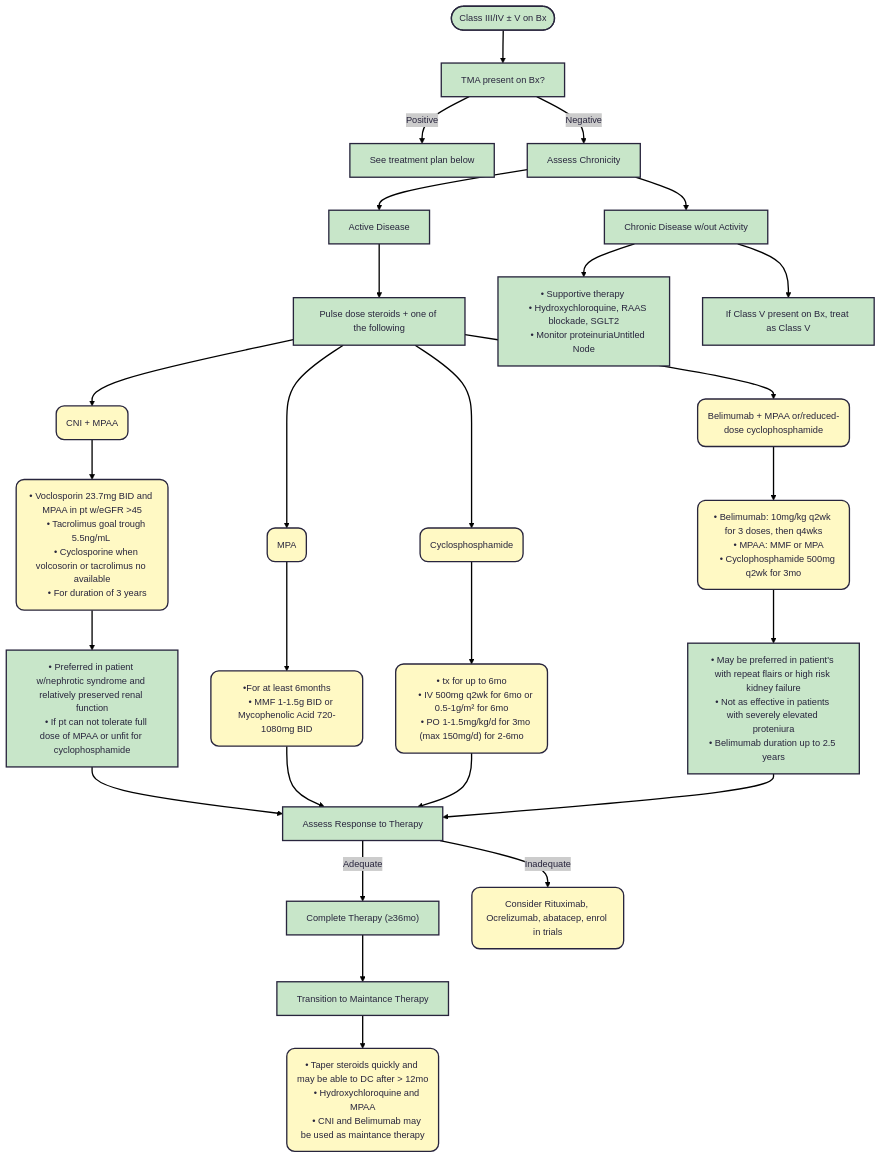
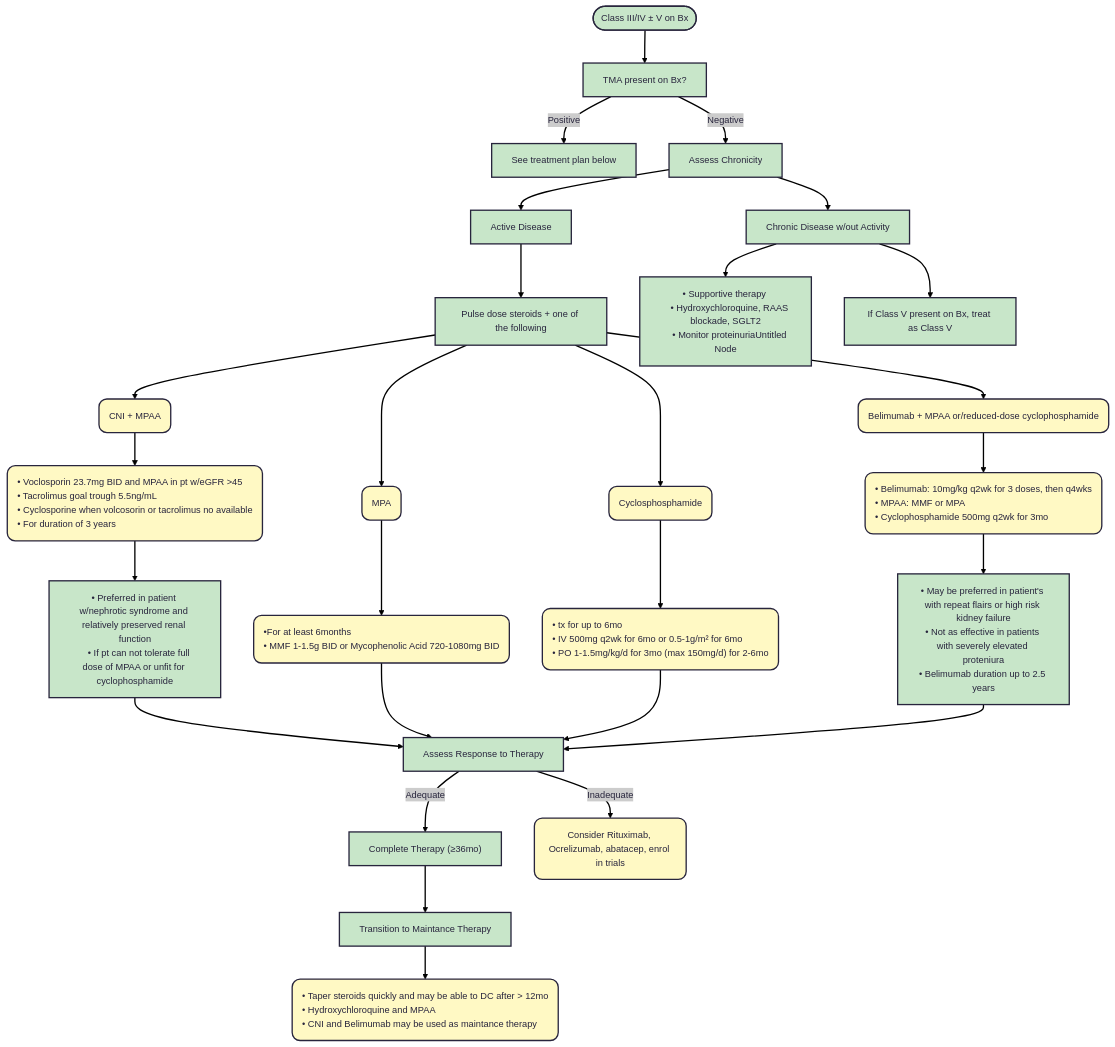
Before and after one commit to TTUNEPH2025/GN: the second of 2 diagrams in docs/Lupus.md, drawn with Mermaid.

````diff
--- a/docs/Lupus.md
+++ b/docs/Lupus.md
@@ -120,75 +120,75 @@
 ```mermaid
 ---
 config:
   theme: redux
 ---
 flowchart TB
     A(["Class III/IV ± V on Bx"]) --> n1["TMA present on Bx?"]
     n1 -- Positive --> n2["See treatment plan below"]
     n1 -- Negative --> n3["Assess Chronicity"]
     n3 --> n4["Active Disease"] & n5["Chronic Disease w/out Activity"]
     n4 --> n6["Pulse dose steroids + one of the following"]
     n5 --> n7["• Supportive therapy 
     • Hydroxychloroquine, RAAS blockade, SGLT2
     • Monitor proteinuriaUntitled Node"] & n8["If Class V present on Bx, treat as Class V"]
     n6 --> n9["CNI + MPAA"] & n10["MPA"] & n11["Cyclosphosphamide"] & n12["Belimumab + MPAA or/reduced-dose cyclophosphamide"]
     n9 --> n13["• Voclosporin 23.7mg BID and MPAA in pt w/eGFR &gt;45
     • Tacrolimus goal trough 5.5ng/mL 
     • Cyclosporine when volcosorin or tacrolimus no available
     • For duration of 3 years"]
     n10 --> n14["•For at least 6months
     • MMF 1-1.5g BID or Mycophenolic Acid 720-1080mg BID"]
     n11 --> n15["• tx for up to 6mo
     • IV 500mg q2wk for 6mo or 0.5-1g/m² for 6mo
     • PO 1-1.5mg/kg/d for 3mo (max 150mg/d) for 2-6mo"]
     n12 --> n16["• Belimumab: 10mg/kg q2wk for 3 doses, then q4wks
     • MPAA: MMF or MPA
     • Cyclophosphamide 500mg q2wk for 3mo"]
     n13 --> n17["• Preferred in patient w/nephrotic syndrome and relatively preserved renal function
     • If pt can not tolerate full dose of MPAA or unfit for cyclophosphamide"]
     n16 --> n18@{ label: "• May be preferred in patient's with repeat flairs or high risk kidney failure\n    • Not as effective in patients with severely elevated proteniura<br/>• Belimumab duration up to 2.5 years" }
     n17 --> n19["Assess Response to Therapy"]
     n14 --> n19
     n15 --> n19
     n18 --> n19
     n19 -- Adequate --> n20["Complete Therapy (≥36mo)"]
     n19 -- Inadequate --> n21["Consider Rituximab, Ocrelizumab, abatacep, enrol in trials"]
     n20 --> n22["Transition to Maintance Therapy"]
     n22 --> n23["• Taper steroids quickly and may be able to DC after > 12mo
     • Hydroxychloroquine and MPAA
     • CNI and Belimumab may be used as maintance therapy"]
     n9@{ shape: rounded}
     n10@{ shape: rounded}
     n11@{ shape: rounded}
     n12@{ shape: rounded}
     n13@{ shape: rounded}
     n14@{ shape: rounded}
     n15@{ shape: rounded}
     n16@{ shape: rounded}
     n21@{ shape: rounded}
     n23@{ shape: rounded}
     style A fill:#C8E6C9
     style n1 fill:#C8E6C9
     style n2 fill:#C8E6C9
     style n3 fill:#C8E6C9
     style n4 fill:#C8E6C9
     style n5 fill:#C8E6C9
     style n6 fill:#C8E6C9
     style n7 fill:#C8E6C9
     style n8 fill:#C8E6C9
-    style n9 fill:#FFF9C4
-    style n10 fill:#FFF9C4
-    style n11 fill:#FFF9C4
-    style n12 fill:#FFF9C4
-    style n13 fill:#FFF9C4
-    style n14 fill:#FFF9C4
-    style n15 fill:#FFF9C4
-    style n16 fill:#FFF9C4
+    style n9 fill:#FFF9C4,text-align:left,white-space:nowrap
+    style n10 fill:#FFF9C4,text-align:left,white-space:nowrap
+    style n11 fill:#FFF9C4,text-align:left,white-space:nowrap
+    style n12 fill:#FFF9C4,text-align:left,white-space:nowrap
+    style n13 fill:#FFF9C4,text-align:left,white-space:nowrap
+    style n14 fill:#FFF9C4,text-align:left,white-space:nowrap
+    style n15 fill:#FFF9C4,text-align:left,white-space:nowrap
+    style n16 fill:#FFF9C4,text-align:left,white-space:nowrap
     style n17 fill:#C8E6C9
     style n18 fill:#C8E6C9
     style n19 fill:#C8E6C9
     style n20 fill:#C8E6C9
     style n21 fill:#FFF9C4
-    style n22 fill:#C8E6C9
-    style n23 fill:#FFF9C4
+    style n22 fill:#C8E6C9,text-align:left,white-space:nowrap
+    style n23 fill:#FFF9C4,text-align:left,white-space:nowrap
 ```
````
